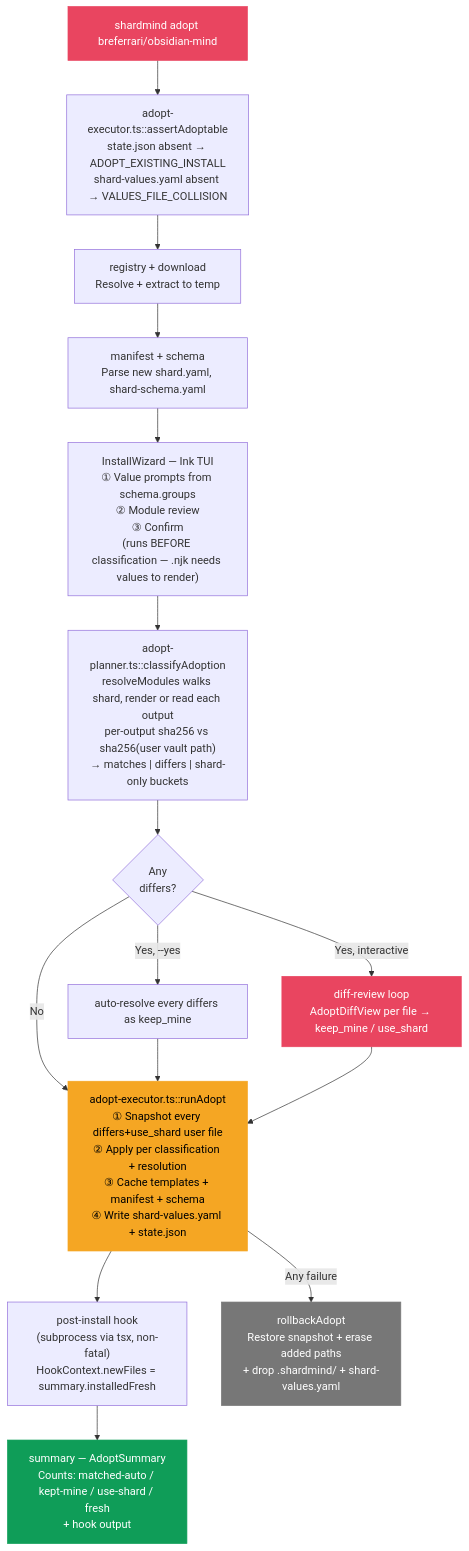
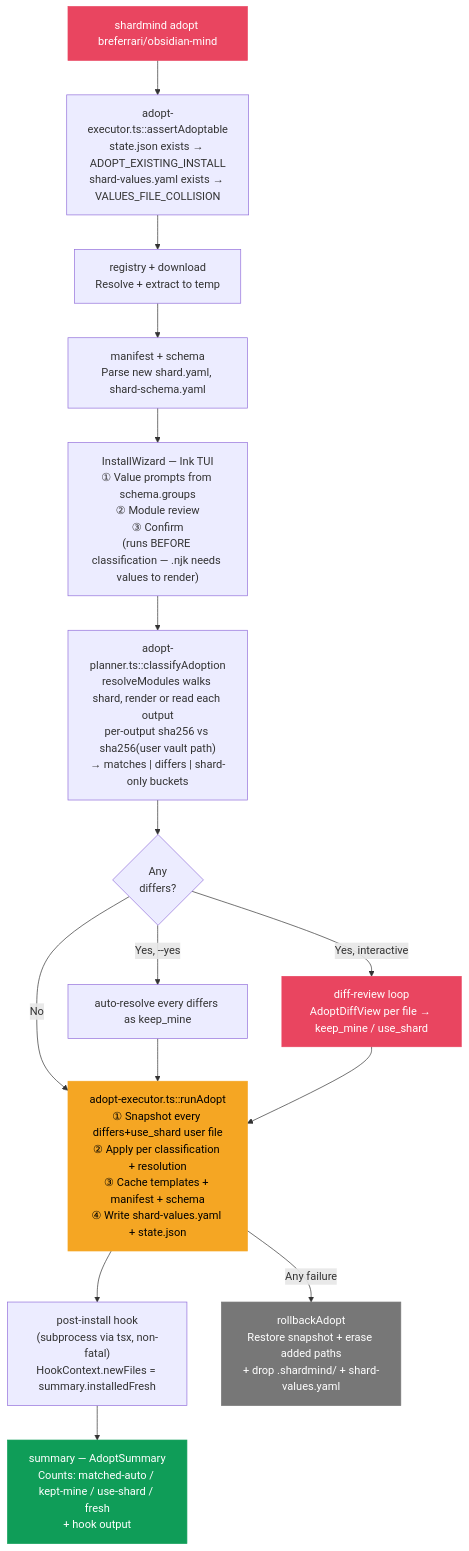
One commit to breferrari/shardmind changed the fourth of 4 diagrams in docs/IMPLEMENTATION.md. Above: the diagram before and after it, drawn with Mermaid. The commit also changed 3 other files, not shown here.

````diff
--- a/docs/IMPLEMENTATION.md
+++ b/docs/IMPLEMENTATION.md
@@ -153,33 +153,33 @@
 ```mermaid
 graph TD
     A["shardmind adopt breferrari/obsidian-mind"] --> P1
-    P1["adopt-executor.ts::assertAdoptable<br/>state.json absent → ADOPT_EXISTING_INSTALL<br/>shard-values.yaml absent → VALUES_FILE_COLLISION"] --> B
+    P1["adopt-executor.ts::assertAdoptable<br/>state.json exists → ADOPT_EXISTING_INSTALL<br/>shard-values.yaml exists → VALUES_FILE_COLLISION"] --> B
 
     B["registry + download<br/>Resolve + extract to temp"] --> C
     C["manifest + schema<br/>Parse new shard.yaml, shard-schema.yaml"] --> D
 
     D["InstallWizard — Ink TUI<br/>① Value prompts from schema.groups<br/>② Module review<br/>③ Confirm<br/>(runs BEFORE classification — .njk needs values to render)"] --> E
 
     E["adopt-planner.ts::classifyAdoption<br/>resolveModules walks shard, render or read each output<br/>per-output sha256 vs sha256(user vault path)<br/>→ matches | differs | shard-only buckets"] --> F1
 
     F1{Any<br/>differs?}
     F1 -->|Yes, --yes| F2["auto-resolve every differs as keep_mine"]
     F1 -->|Yes, interactive| F3["diff-review loop<br/>AdoptDiffView per file → keep_mine / use_shard"]
     F1 -->|No| G
 
     F2 --> G
     F3 --> G
 
     G["adopt-executor.ts::runAdopt<br/>① Snapshot every differs+use_shard user file<br/>② Apply per classification + resolution<br/>③ Cache templates + manifest + schema<br/>④ Write shard-values.yaml + state.json"] --> H
 
     H["post-install hook<br/>(subprocess via tsx, non-fatal)<br/>HookContext.newFiles = summary.installedFresh"] --> I
     I["summary — AdoptSummary<br/>Counts: matched-auto / kept-mine / use-shard / fresh<br/>+ hook output"]
 
     G -->|Any failure| R["rollbackAdopt<br/>Restore snapshot + erase added paths<br/>+ drop .shardmind/ + shard-values.yaml"]
 
     style A fill:#e94560,stroke:#e94560,color:#fff
     style F3 fill:#e94560,stroke:#e94560,color:#fff
     style G fill:#f5a623,stroke:#f5a623,color:#000
     style I fill:#0f9d58,stroke:#0f9d58,color:#fff
     style R fill:#777,stroke:#777,color:#fff
 ```
````
